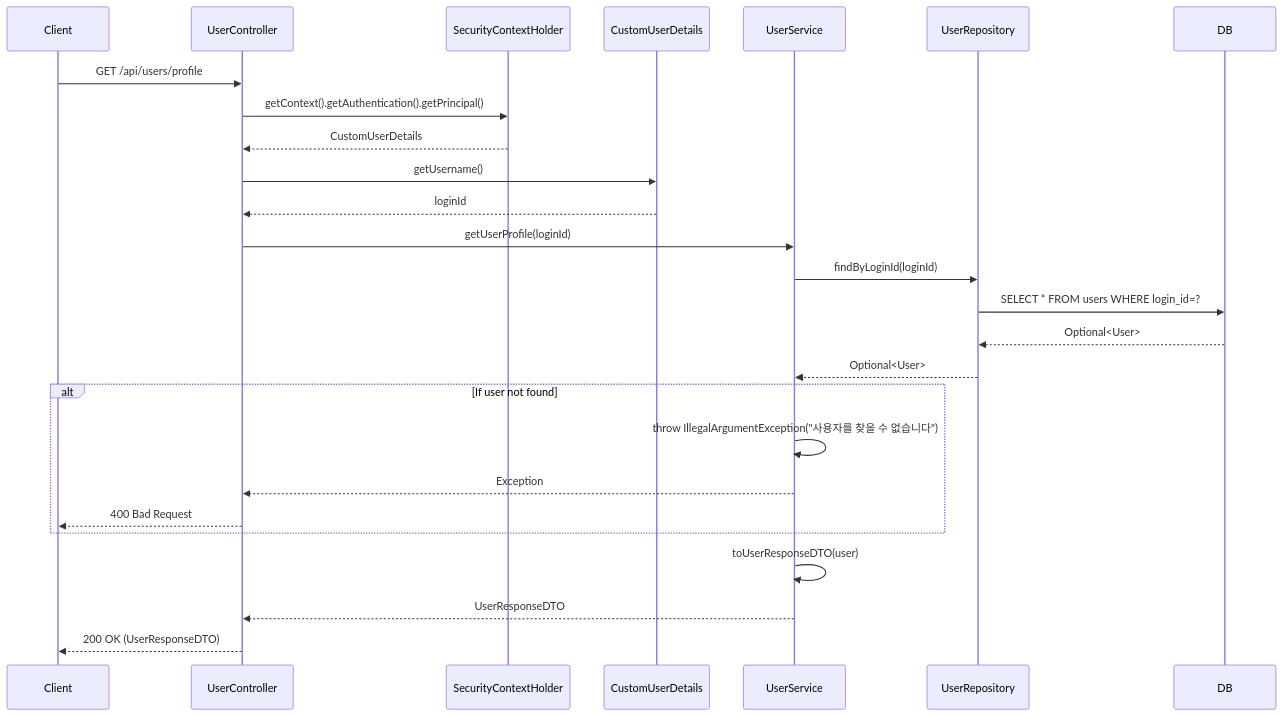
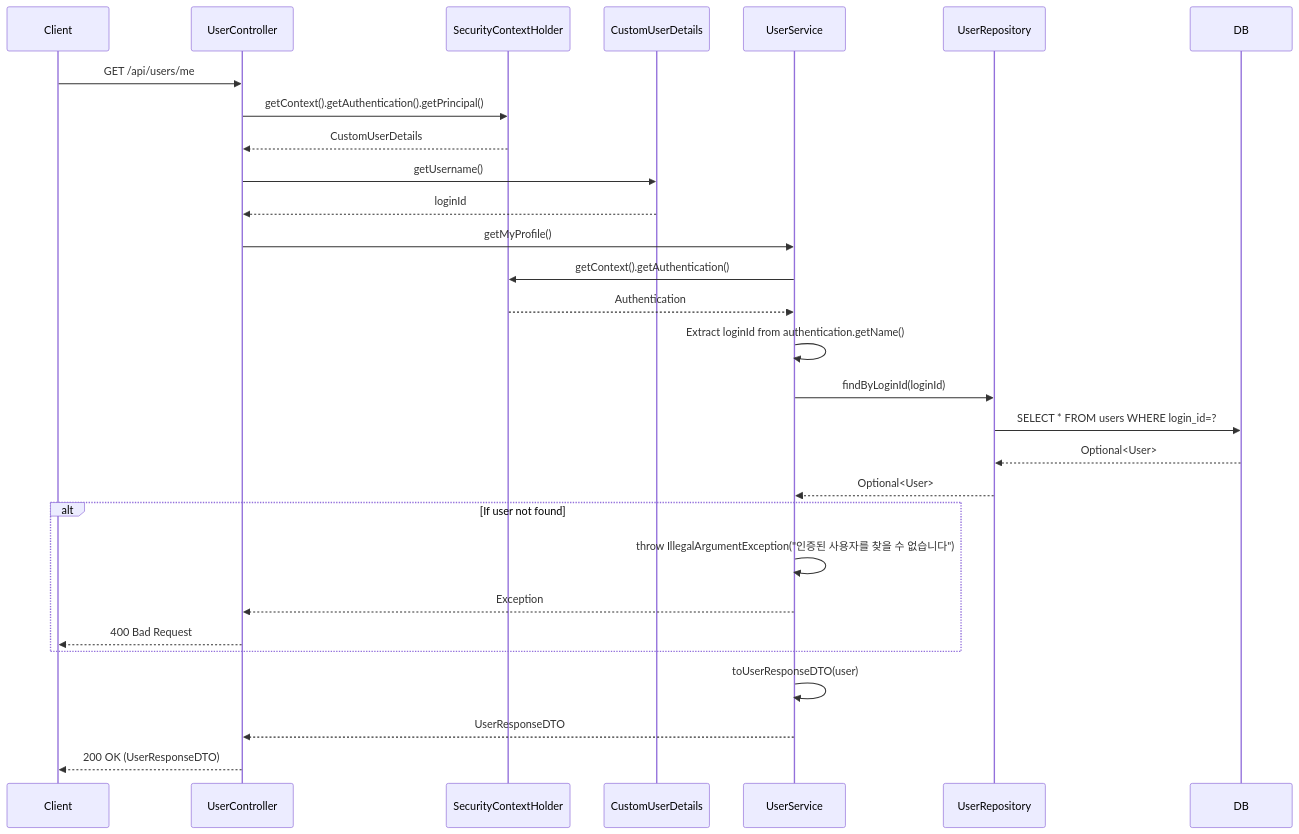
Before and after one commit to Wooong-E/game-s-cord: the diagram in SDS/sequenceDiagram/userSystemSequenceDiagram/getProfileSequenceDiagram.md, drawn with Mermaid. The commit also changed other lines of this file and 14 other files, not shown here.

Commit message:
fix : Sequence Diagram 수정

````diff
--- a/SDS/sequenceDiagram/userSystemSequenceDiagram/getProfileSequenceDiagram.md
+++ b/SDS/sequenceDiagram/userSystemSequenceDiagram/getProfileSequenceDiagram.md
@@ -3,34 +3,38 @@
 ```mermaid
 sequenceDiagram
     participant Client
     participant Controller as UserController
     participant SecurityCtx as SecurityContextHolder
     participant UserDetails as CustomUserDetails
     participant Service as UserService
     participant Repo as UserRepository
     participant DB
 
-    Client->>Controller: GET /api/users/profile
+    Client->>Controller: GET /api/users/me
     
     Controller->>SecurityCtx: getContext().getAuthentication().getPrincipal()
     SecurityCtx-->>Controller: CustomUserDetails
     Controller->>UserDetails: getUsername()
     UserDetails-->>Controller: loginId
     
-    Controller->>Service: getUserProfile(loginId)
+    Controller->>Service: getMyProfile()
+    
+    Service->>SecurityCtx: getContext().getAuthentication()
+    SecurityCtx-->>Service: Authentication
+    Service->>Service: Extract loginId from authentication.getName()
     
     Service->>Repo: findByLoginId(loginId)
     Repo->>DB: SELECT * FROM users WHERE login_id=?
     DB-->>Repo: Optional<User>
     Repo-->>Service: Optional<User>
     
     alt If user not found
-        Service->>Service: throw IllegalArgumentException("사용자를 찾을 수 없습니다")
+        Service->>Service: throw IllegalArgumentException("인증된 사용자를 찾을 수 없습니다")
         Service-->>Controller: Exception
         Controller-->>Client: 400 Bad Request
     end
     
     Service->>Service: toUserResponseDTO(user)
     Service-->>Controller: UserResponseDTO
     Controller-->>Client: 200 OK (UserResponseDTO)
 ```
````
